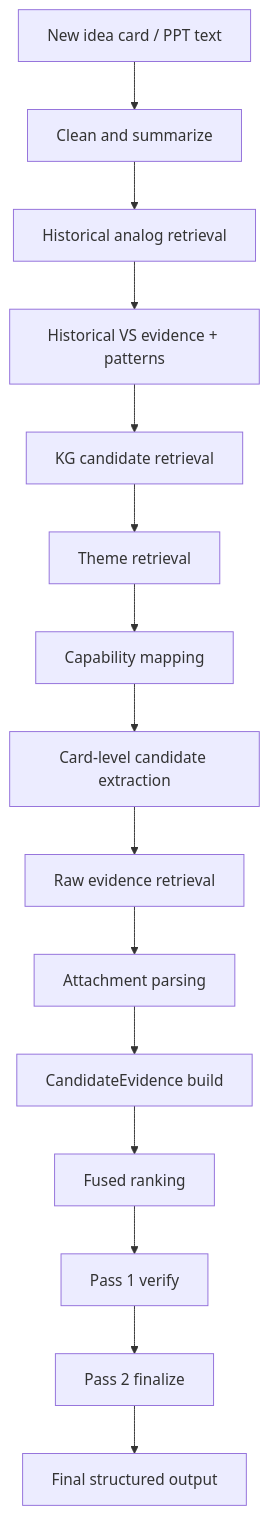
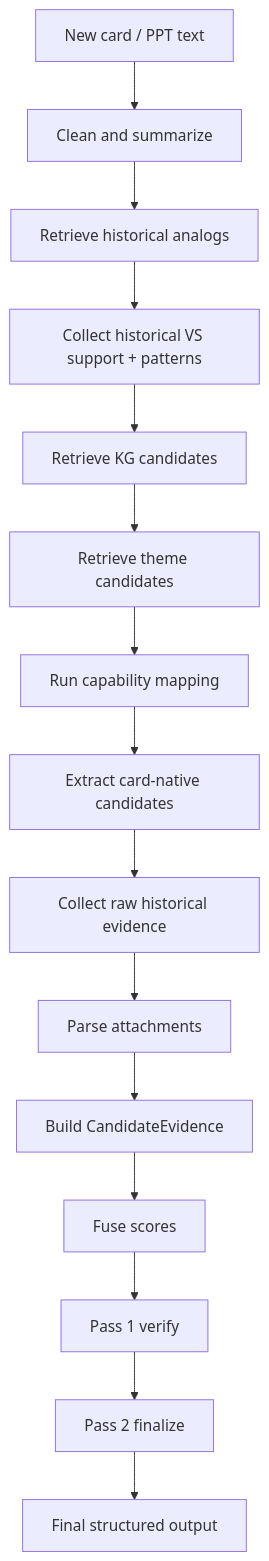
One commit to Soul-Eater69/rag-summary changed the first of 4 diagrams in architecture.md. Above: the diagram before and after it, drawn with Mermaid. The commit also changed other lines of this file, not shown here.

````diff
--- a/architecture.md
+++ b/architecture.md
@@ -30,17 +60,17 @@
 ```mermaid
 flowchart TD
-    A[New idea card / PPT text] --> B[Clean and summarize]
-    B --> C[Historical analog retrieval]
-    C --> D[Historical VS evidence + patterns]
-    D --> E[KG candidate retrieval]
-    E --> F[Theme retrieval]
-    F --> G[Capability mapping]
-    G --> H[Card-level candidate extraction]
-    H --> I[Raw evidence retrieval]
-    I --> J[Attachment parsing]
-    J --> K[CandidateEvidence build]
-    K --> L[Fused ranking]
+    A[New card / PPT text] --> B[Clean and summarize]
+    B --> C[Retrieve historical analogs]
+    C --> D[Collect historical VS support + patterns]
+    D --> E[Retrieve KG candidates]
+    E --> F[Retrieve theme candidates]
+    F --> G[Run capability mapping]
+    G --> H[Extract card-native candidates]
+    H --> I[Collect raw historical evidence]
+    I --> J[Parse attachments]
+    J --> K[Build CandidateEvidence]
+    K --> L[Fuse scores]
     L --> M[Pass 1 verify]
     M --> N[Pass 2 finalize]
     N --> O[Final structured output]
 ```
````
